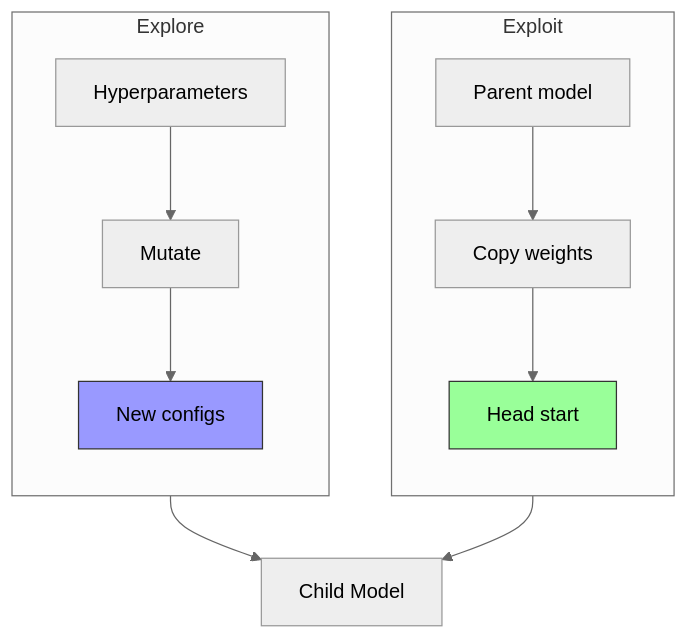
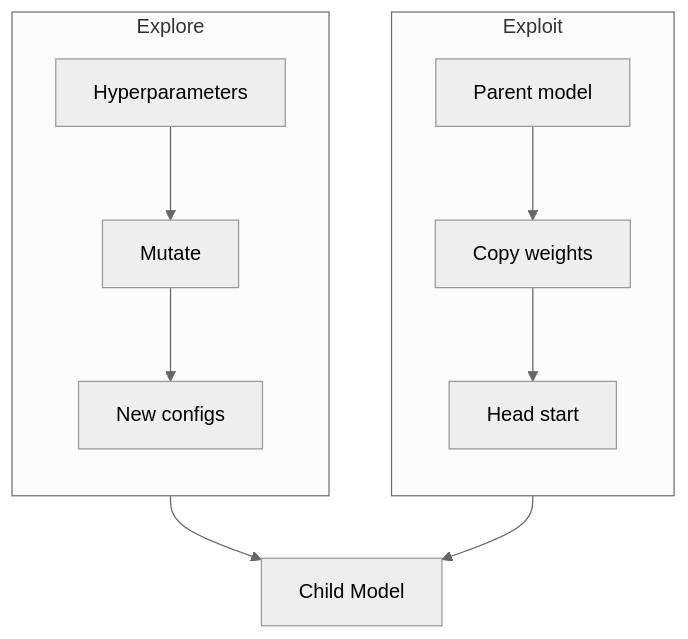
One commit to danilop/micro-gpt-and-beyond changed the diagram in walk-the-code/diagrams/evo_exploit_explore.mmd. Above: the diagram before and after it, drawn with Mermaid (neutral theme). The commit also changed 80 other files, not shown here.

```diff
--- a/walk-the-code/diagrams/evo_exploit_explore.mmd
+++ b/walk-the-code/diagrams/evo_exploit_explore.mmd
@@ -1,15 +1,13 @@
 graph TD
   subgraph Exploit
     direction TB
     A1[Parent model] --> B1[Copy weights]
     B1 --> C1[Head start]
   end
   subgraph Explore
     direction TB
     A2[Hyperparameters] --> B2[Mutate]
     B2 --> C2[New configs]
   end
   C1 --> D[Child Model]
   C2 --> D
-  style C1 fill:#9f9,stroke:#333
-  style C2 fill:#99f,stroke:#333
```
